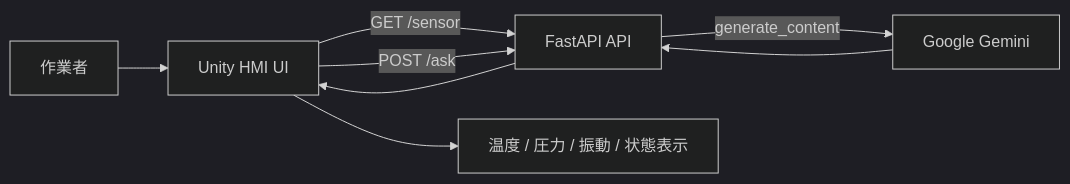
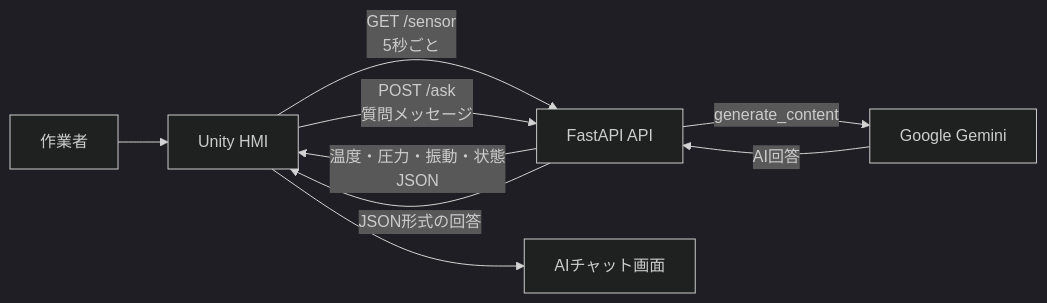
Before and after one commit to yn919/FactoryAIAssistant: the diagram in README.md, drawn with Mermaid (dark theme). The commit also changed other lines of this file and 6 other files, not shown here.

````diff
--- a/README.md
+++ b/README.md
@@ -32,10 +32,13 @@
 ```mermaid
 flowchart LR
-    User[作業者] --> UI[Unity HMI UI]
-    UI -->|GET /sensor| API[FastAPI API]
-    UI -->|POST /ask| API
+    User[作業者] --> Unity[Unity HMI]
+
+    Unity -->|GET /sensor<br/>5秒ごと| API[FastAPI API]
+    API -->|温度・圧力・振動・状態<br/>JSON| Unity
+
+    Unity -->|POST /ask<br/>質問メッセージ| API
     API -->|generate_content| Gemini[Google Gemini]
-    Gemini --> API
-    API --> UI
-    UI --> Display[温度 / 圧力 / 振動 / 状態表示]
+    Gemini -->|AI回答| API
+    API -->|JSON形式の回答| Unity
+    Unity --> Chat[AIチャット画面]
 ```
````
